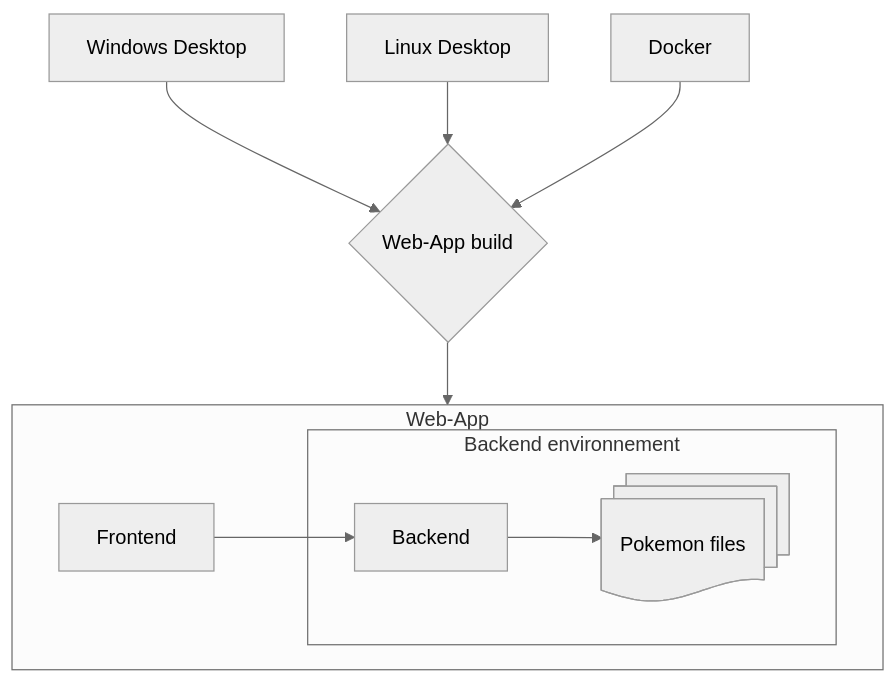
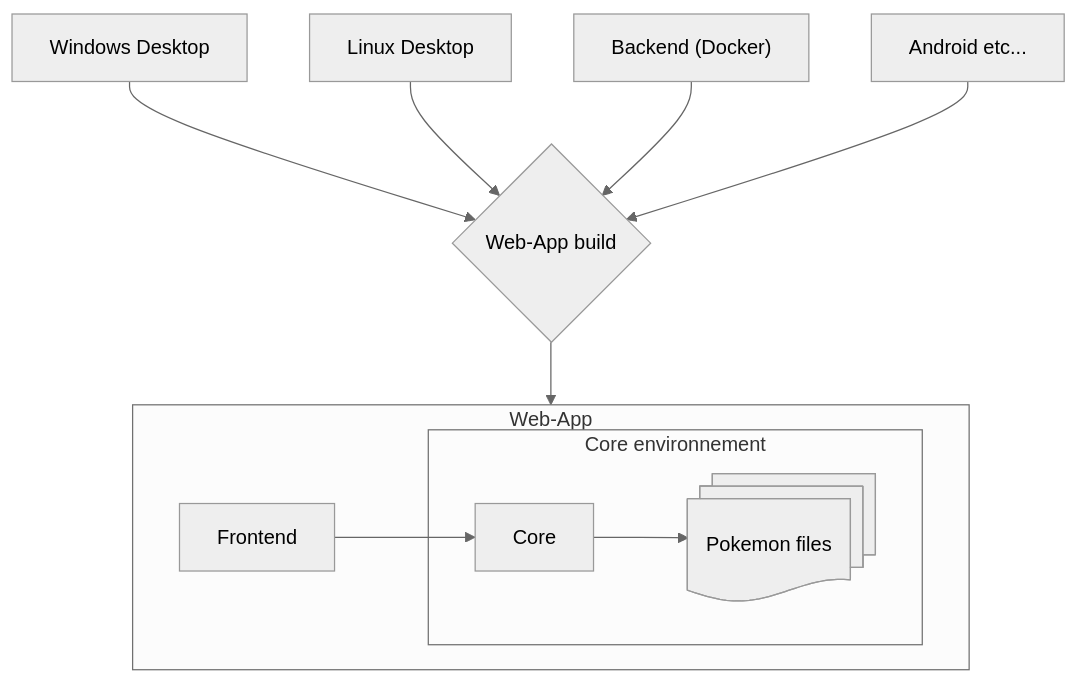
One commit to Chnapy/PKVault changed the diagram in docs/technical/README.md. Above: the diagram before and after it, drawn with Mermaid (neutral theme). The commit also changed other lines of this file and 499 other files, not shown here.

First line of the commit message:
refacto: prepare future Android app by moving logic in PKVault.Core (#240)

````diff
--- a/docs/technical/README.md
+++ b/docs/technical/README.md
@@ -12,25 +12,27 @@
 ```mermaid
 flowchart TD
-    B[Backend]
+    C[Core]
     PF@{ shape: docs, label: "Pokemon files"}
     F[Frontend]
 
     DW["Windows Desktop"]
     DL["Linux Desktop"]
-    DD["Docker"]
+    DD["Backend (Docker)"]
+    DA["Android etc..."]
 
     WAB{Web-App build}
 
     subgraph Web-App
-        subgraph Backend environnement
-        B --> PF
+        subgraph Core environnement
+        C --> PF
         end
-    F --> B
+    F --> C
     end
 
     WAB --> Web-App
     DW --> WAB
     DL --> WAB
     DD --> WAB
+    DA --> WAB
 
 ```
````
